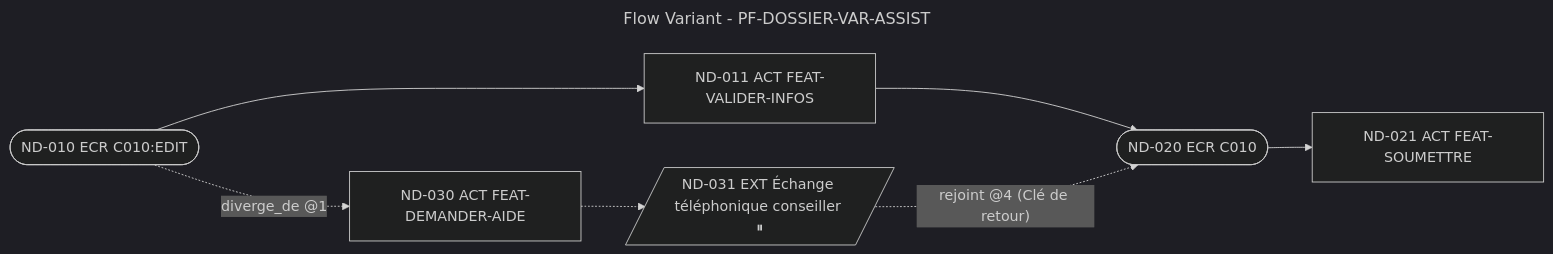
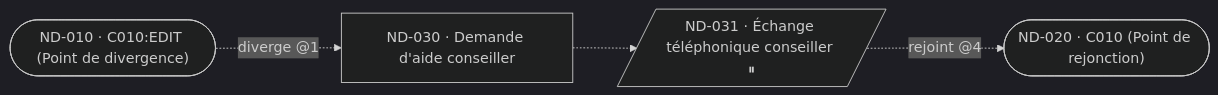
The diagram in .agents/plugins/information-architecture/templates/userflows/flow-variant.mmd (Pi0up/ai-skills), drawn with Mermaid (dark theme) before and after one commit. The commit also changed 12 other files, not shown here.

```diff
--- a/.agents/plugins/information-architecture/templates/userflows/flow-variant.mmd
+++ b/.agents/plugins/information-architecture/templates/userflows/flow-variant.mmd
@@ -1,36 +1,22 @@
----
-title: Flow Variant - PF-DOSSIER-VAR-ASSIST
-type: userflow
-id: PF-DOSSIER-VAR-ASSIST
-version: 1.0.0
-roles: [USER]
-tags: [userflow, variant, assistance]
-description: Template de parcours avec variante et rupture déclarée (⏸)
----
+%%@file id=PF-DOSSIER-VAR-ASSIST project=DOSSIER kind=userflow view=collapsed uc=UC-DOSSIER obj=OBJ-DOSSIER-01 statut=variante roles=MANAGER title="Parcours Variante : Assistance Téléphonique" version="1.1" diverge=PF-DOSSIER-NOM@1 rejoint=PF-DOSSIER-NOM@4
+%%@node ND010 code=C010:EDIT type=ECR order=1
+%%@node ND030 ref=FEAT-DEMANDER-AIDE type=ACT order=2
+%%@node ND031 code=EXT-SUPPORT type=EXT obs=none break=yes resume=ND020 persist=external delay=24h order=3
+%%@node ND020 code=C010 type=ECR order=4
+%%@edge ND010>ND030 kind=diverge
+%%@edge ND030>ND031 kind=variant
+%%@edge ND031>ND020 kind=rejoin
 flowchart LR
 
     %% --------------------------------------------------------------------------
-    %% Parcours Nominal : PF-DOSSIER-NOM (Trait plein)
-    %% Contexte d'entrée : Données complètes
+    %% Parcours Variante Linéaire : PF-DOSSIER-VAR-ASSIST (Fichier Brut Séparé)
+    %% Diverge de PF-DOSSIER-NOM@1 (ND010) et rejoint PF-DOSSIER-NOM@4 (ND020)
+    %% Contexte d'entrée : Pièces manquantes + assistance demandée
+    %% Inclut un événement externe hors application avec rupture déclarée (⏸)
     %% --------------------------------------------------------------------------
-    ND010(["ND-010 ECR C010:EDIT"])
-    ND011["ND-011 ACT FEAT-VALIDER-INFOS"]
-    ND020(["ND-020 ECR C010"])
-    ND021["ND-021 ACT FEAT-SOUMETTRE"]
+    ND010(["ND-010 · C010:EDIT (Point de divergence)"])
+    ND030["ND-030 · Demande d'aide conseiller"]
+    ND031[/"ND-031 · Échange téléphonique conseiller ⏸"/]
+    ND020(["ND-020 · C010 (Point de rejonction)"])
 
-    ND010 --> ND011
-    ND011 --> ND020
-    ND020 --> ND021
-
-    %% --------------------------------------------------------------------------
-    %% Parcours Variante : PF-DOSSIER-VAR-ASSIST (Trait pointillé)
-    %% diverge_de: PF-DOSSIER-NOM@1 | rejoint: PF-DOSSIER-NOM@4
-    %% Contexte d'entrée : Pièces manquantes + assistance demandée
-    %% Inclut un événement hors application observable de manière indirecte (EXT avec clé de retour) + rupture ⏸
-    %% --------------------------------------------------------------------------
-    ND030["ND-030 ACT FEAT-DEMANDER-AIDE"]
-    ND031[/"ND-031 EXT Échange téléphonique conseiller ⏸"/]
-
-    ND010 -. "diverge_de @1" .-> ND030
-    ND030 -.-> ND031
-    ND031 -. "rejoint @4 (Clé de retour)" .-> ND020
+    ND010 -. "diverge @1" .-> ND030 -.-> ND031 -. "rejoint @4" .-> ND020
```
